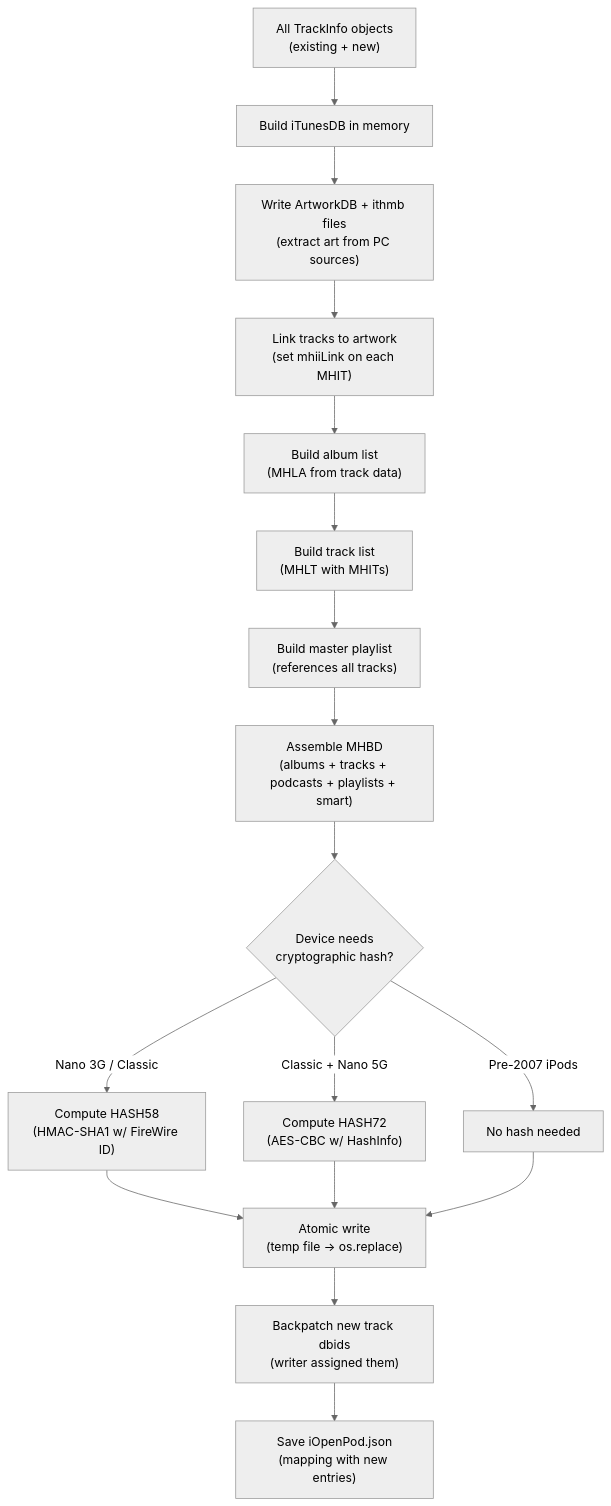
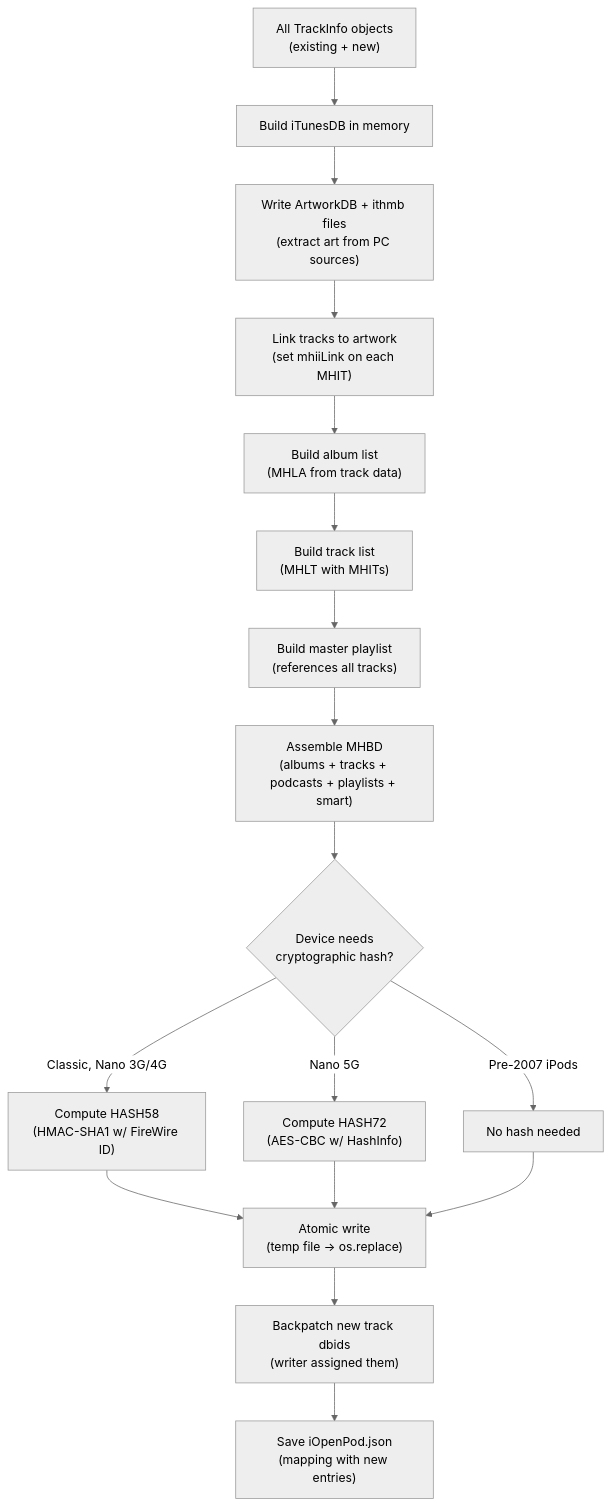
One commit to TheRealSavi/iOpenPod changed the seventh of 9 diagrams in SYNC.md. Above: the diagram before and after it, drawn with Mermaid (neutral theme). The commit also changed other lines of this file and 4 other files, not shown here.

First line of the commit message:
Expand sidebar device info to 14 rows, fix HASH58/72 docs everywhere

````diff
--- a/SYNC.md
+++ b/SYNC.md
@@ -414,20 +414,20 @@
 ```mermaid
 flowchart TD
     ALL["All TrackInfo objects\n(existing + new)"] --> BUILD["Build iTunesDB in memory"]
     BUILD --> ARTWORK["Write ArtworkDB + ithmb files\n(extract art from PC sources)"]
     ARTWORK --> LINK["Link tracks to artwork\n(set mhiiLink on each MHIT)"]
     LINK --> ALBUMS["Build album list\n(MHLA from track data)"]
     ALBUMS --> TRACKS["Build track list\n(MHLT with MHITs)"]
     TRACKS --> PLAYLISTS["Build master playlist\n(references all tracks)"]
     PLAYLISTS --> ASSEMBLE["Assemble MHBD\n(albums + tracks + podcasts + playlists + smart)"]
     ASSEMBLE --> HASH{"Device needs\ncryptographic hash?"}
     HASH -- "Pre-2007 iPods" --> NONE["No hash needed"]
-    HASH -- "Nano 3G / Classic" --> HASH58["Compute HASH58\n(HMAC-SHA1 w/ FireWire ID)"]
-    HASH -- "Classic + Nano 5G" --> HASH72["Compute HASH72\n(AES-CBC w/ HashInfo)"]
+    HASH -- "Classic, Nano 3G/4G" --> HASH58["Compute HASH58\n(HMAC-SHA1 w/ FireWire ID)"]
+    HASH -- "Nano 5G" --> HASH72["Compute HASH72\n(AES-CBC w/ HashInfo)"]
     HASH58 --> WRITE
     HASH72 --> WRITE
     NONE --> WRITE
     WRITE["Atomic write\n(temp file → os.replace)"]
     WRITE --> BACKPATCH["Backpatch new track dbids\n(writer assigned them)"]
     BACKPATCH --> SAVE_MAP["Save iOpenPod.json\n(mapping with new entries)"]
 ```
````
